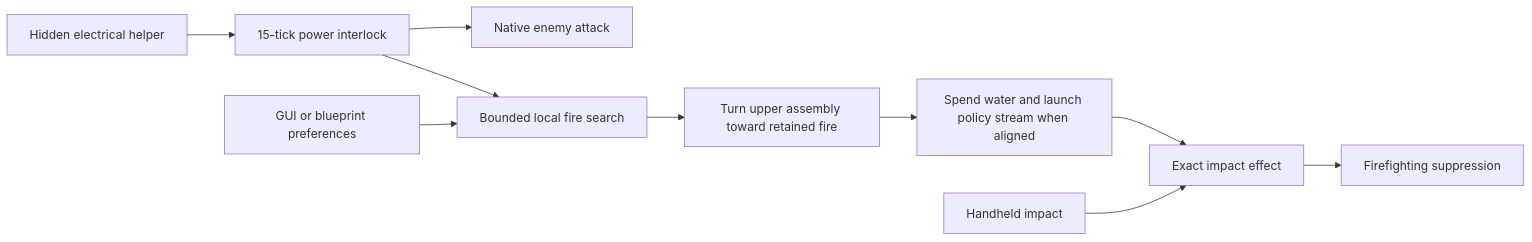
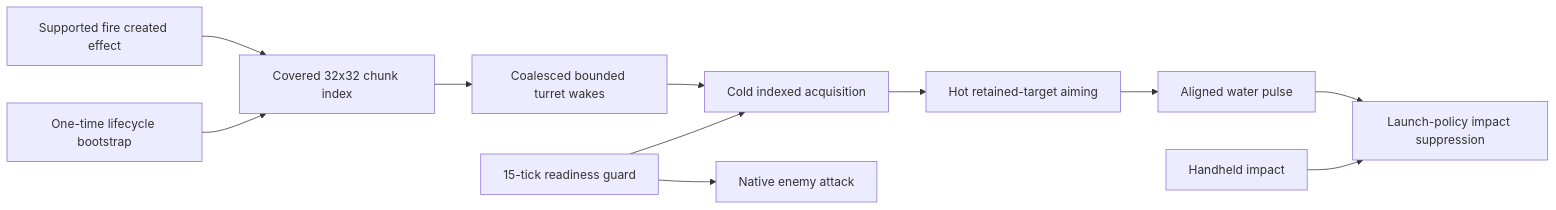
One commit to aRighteousGod/exotic-space-industries-remembrance changed the diagram in .codex/esir/blueprints/firefighting-and-water-turret.md. Above: the diagram before and after it, drawn with Mermaid. The commit also changed other lines of this file and 32 other files, not shown here.

````diff
--- a/.codex/esir/blueprints/firefighting-and-water-turret.md
+++ b/.codex/esir/blueprints/firefighting-and-water-turret.md
@@ -21,12 +18,13 @@
 ```mermaid
 flowchart LR
-  Power[Hidden electrical helper] --> Guard[15-tick power interlock]
+  Birth[Supported fire created effect] --> Index[Covered 32x32 chunk index]
+  Seed[One-time lifecycle bootstrap] --> Index
+  Index --> Wake[Coalesced bounded turret wakes]
+  Wake --> Cold[Cold indexed acquisition]
+  Guard[15-tick readiness guard] --> Cold
   Guard --> Native[Native enemy attack]
-  Guard --> Search[Bounded local fire search]
-  Mode[GUI or blueprint preferences] --> Search
-  Search --> Aim[Turn upper assembly toward retained fire]
-  Aim --> Pulse[Spend water and launch policy stream when aligned]
-  Pulse --> Impact[Exact impact effect]
+  Cold --> Hot[Hot retained-target aiming]
+  Hot --> Pulse[Aligned water pulse]
+  Pulse --> Impact[Launch-policy impact suppression]
   Handheld[Handheld impact] --> Impact
-  Impact --> Suppress[Firefighting suppression]
 ```
````
